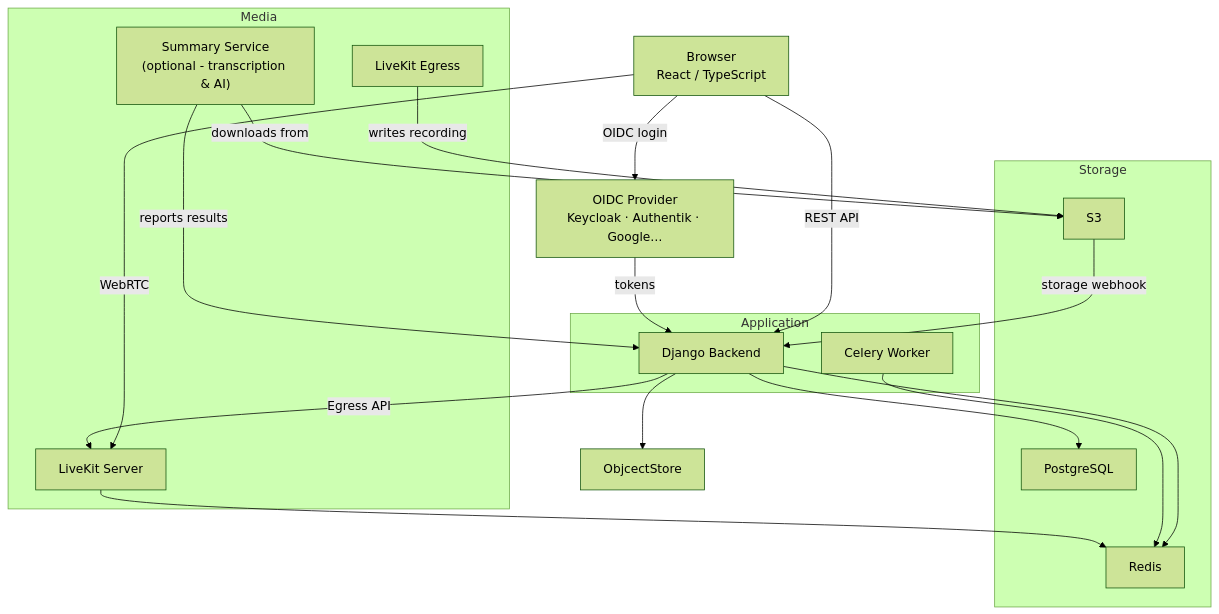
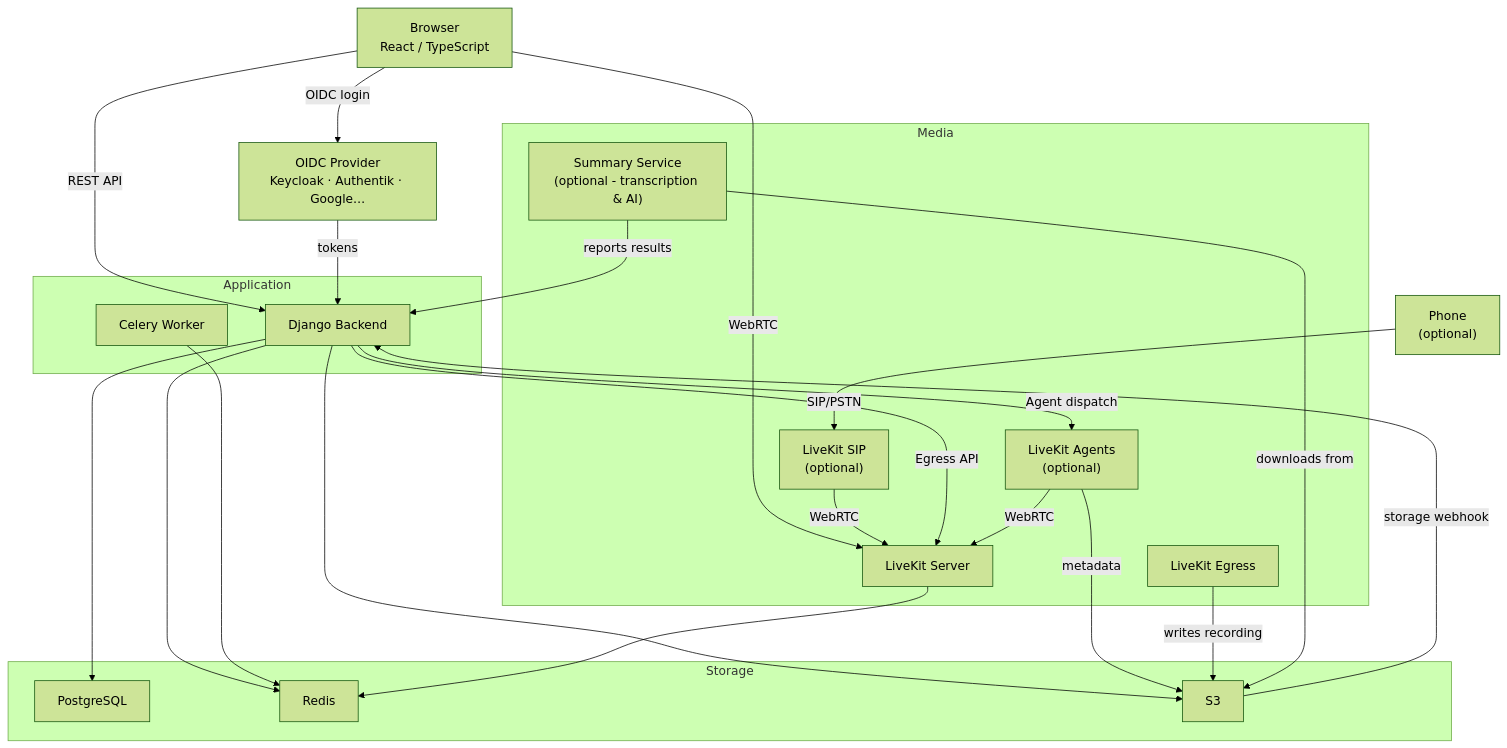
One commit to suitenumerique/meet changed the first of 3 diagrams in docs/overview/architecture.md. Above: the diagram before and after it, drawn with Mermaid (forest theme). The commit also changed other lines of this file, not shown here.

Commit message:
📝(doc) improve architecture (SIP, Summary Flow)

````diff
--- a/docs/overview/architecture.md
+++ b/docs/overview/architecture.md
@@ -7,37 +7,45 @@
 ```mermaid
 graph TB
     Browser["Browser\nReact / TypeScript"]
     OIDC["OIDC Provider\nKeycloak · Authentik · Google…"]
+    Phone["Phone\n(optional)"]
 
     subgraph backend_layer["Application"]
         Backend["Django Backend"]
         Celery["Celery Worker"]
     end
 
     subgraph media_layer["Media"]
         LiveKit["LiveKit Server"]
         Egress["LiveKit Egress"]
+        SIP["LiveKit SIP\n(optional)"]
+        Agents["LiveKit Agents\n(optional)"]
         Summary["Summary Service\n(optional - transcription & AI)"]
     end
 
     subgraph storage_layer["Storage"]
         PostgreSQL["PostgreSQL"]
         Redis["Redis"]
         ObjectStore["S3"]
     end
 
     Browser -->|REST API| Backend
     Browser -->|WebRTC| LiveKit
     Browser -->|OIDC login| OIDC
+    Phone -->|SIP/PSTN| SIP
+    SIP -->|WebRTC| LiveKit
     OIDC -->|tokens| Backend
     Backend --> PostgreSQL
     Backend --> Redis
     Backend -->|Egress API| LiveKit
-    Backend --> ObjcectStore
+    Backend -->|Agent dispatch| Agents
+    Backend --> ObjectStore["S3"]
     Celery --> Redis
     LiveKit --> Redis
-    Egress -->|writes recording| ObjectStore
-    ObjectStore -->|storage webhook| Backend
-    Summary -->|downloads from| ObjectStore
+    Agents -->|WebRTC| LiveKit
+    Agents -->|metadata| ObjectStore["S3"]
+    Egress -->|writes recording| ObjectStore["S3"]
+    ObjectStore["S3"] -->|storage webhook| Backend
+    Summary -->|downloads from| ObjectStore["S3"]
     Summary -->|reports results| Backend
 ```
````
